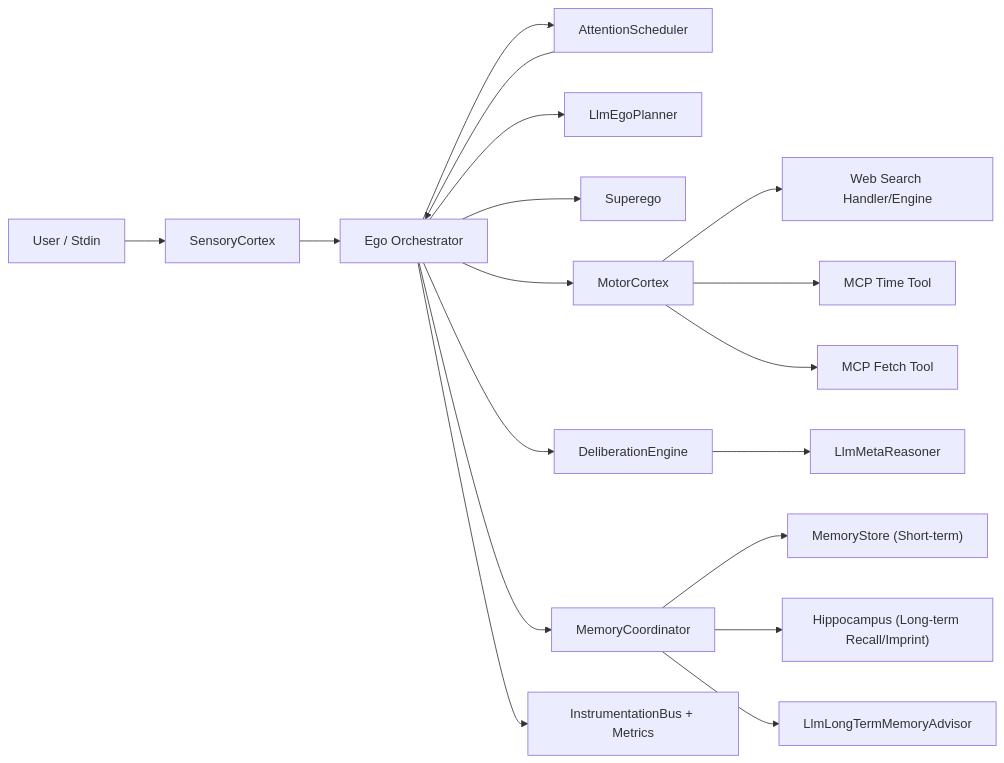
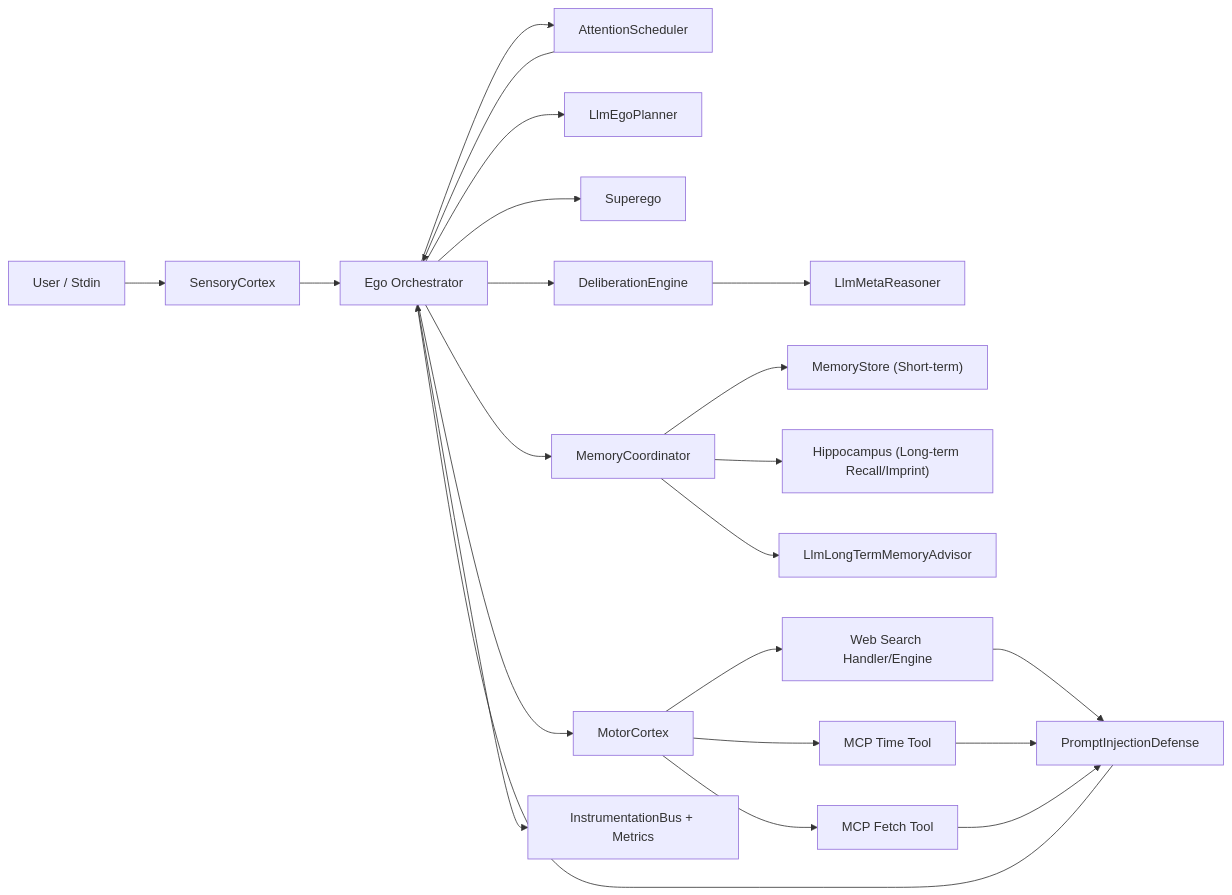
One commit to neopsyke/NeoPsyke changed the first of 3 diagrams in AGENT_LOGIC_DIAGRAM.md. Above: the diagram before and after it, drawn with Mermaid. The commit also changed other lines of this file and 11 other files, not shown here.

Commit message:
Add security improvements, including deterministic checks to Superego plus prompt injection protection everywhere

````diff
--- a/AGENT_LOGIC_DIAGRAM.md
+++ b/AGENT_LOGIC_DIAGRAM.md
@@ -8,26 +8,30 @@
 ```mermaid
 flowchart LR
     U["User / Stdin"] --> SC["SensoryCortex"]
     SC --> E["Ego Orchestrator"]
 
     E --> AS["AttentionScheduler"]
     AS --> E
 
     E --> P["LlmEgoPlanner"]
     E --> S["Superego"]
     E --> M["MotorCortex"]
 
     E --> DE["DeliberationEngine"]
     DE --> MR["LlmMetaReasoner"]
 
     E --> MC["MemoryCoordinator"]
     MC --> MS["MemoryStore (Short-term)"]
     MC --> H["Hippocampus (Long-term Recall/Imprint)"]
     MC --> LTM["LlmLongTermMemoryAdvisor"]
 
     M --> WS["Web Search Handler/Engine"]
     M --> MT["MCP Time Tool"]
     M --> MF["MCP Fetch Tool"]
+    WS --> PID["PromptInjectionDefense"]
+    MT --> PID
+    MF --> PID
+    PID --> E
 
     E --> I["InstrumentationBus + Metrics"]
 ```
````
